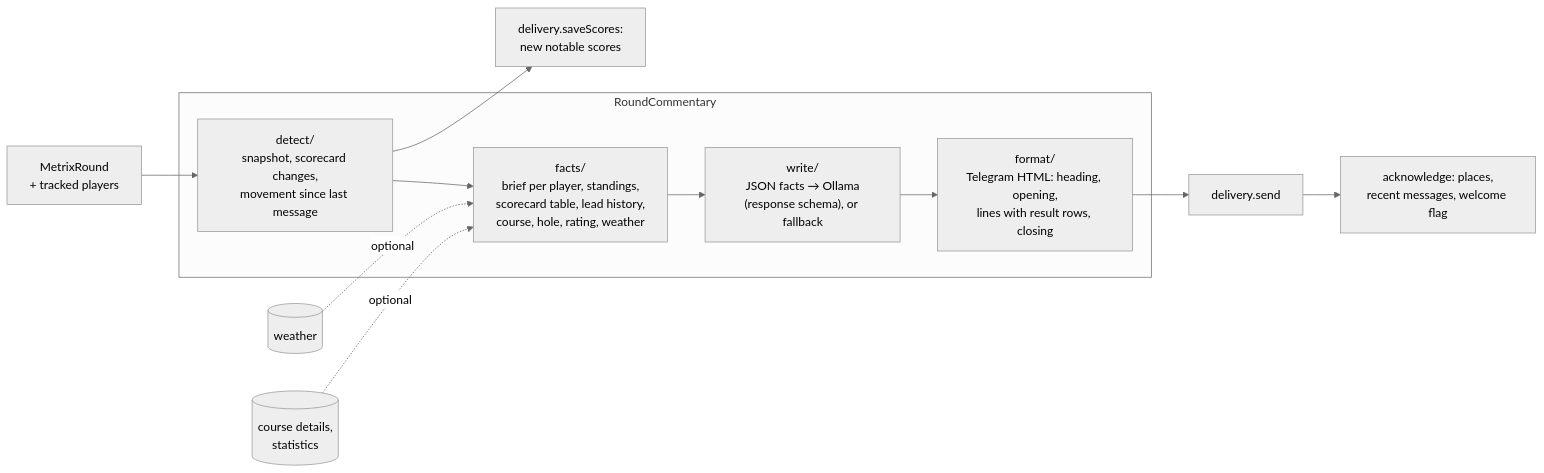
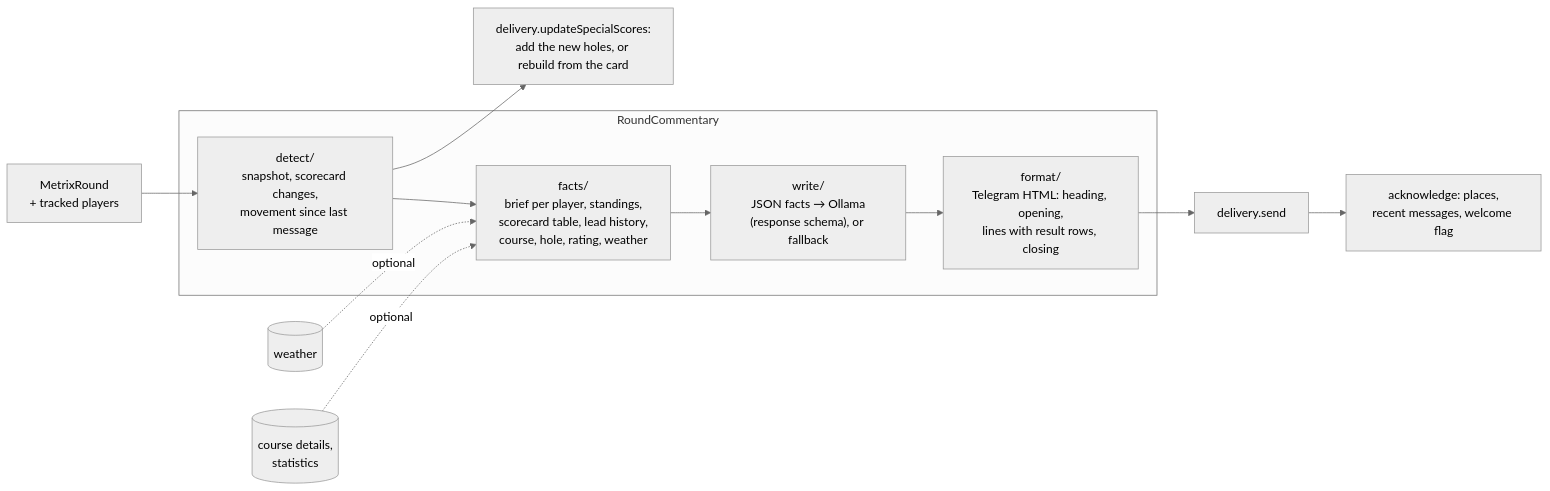
The diagram in src/features/commentary/README.md (saarinenvh/sakariheitaja), drawn with Mermaid (neutral theme) before and after one commit. The commit also changed other lines of this file and 20 other files, not shown here.

First line of the commit message:
fix: give special scores a hole, so corrections and restarts keep them right

````diff
--- a/src/features/commentary/README.md
+++ b/src/features/commentary/README.md
@@ -20,15 +23,15 @@
 ```mermaid
 flowchart LR
     Poll[MetrixRound<br/>+ tracked players] --> Detect
-    Detect --> Save[delivery.saveScores:<br/>new notable scores]
+    Detect --> Save[delivery.updateSpecialScores:<br/>add the new holes, or rebuild from the card]
     subgraph RoundCommentary
       Detect["detect/<br/>snapshot, scorecard changes,<br/>movement since last message"] --> Facts
       Facts["facts/<br/>brief per player, standings,<br/>scorecard table, lead history,<br/>course, hole, rating, weather"] --> Write
       Write["write/<br/>JSON facts → Ollama<br/>(response schema), or fallback"] --> Format
       Format["format/<br/>Telegram HTML: heading, opening,<br/>lines with result rows, closing"]
     end
     Format --> Send[delivery.send]
     Send --> Ack[acknowledge: places,<br/>recent messages, welcome flag]
     Weather[(weather)] -. optional .-> Facts
     Course[(course details,<br/>statistics)] -. optional .-> Facts
 ```
````
